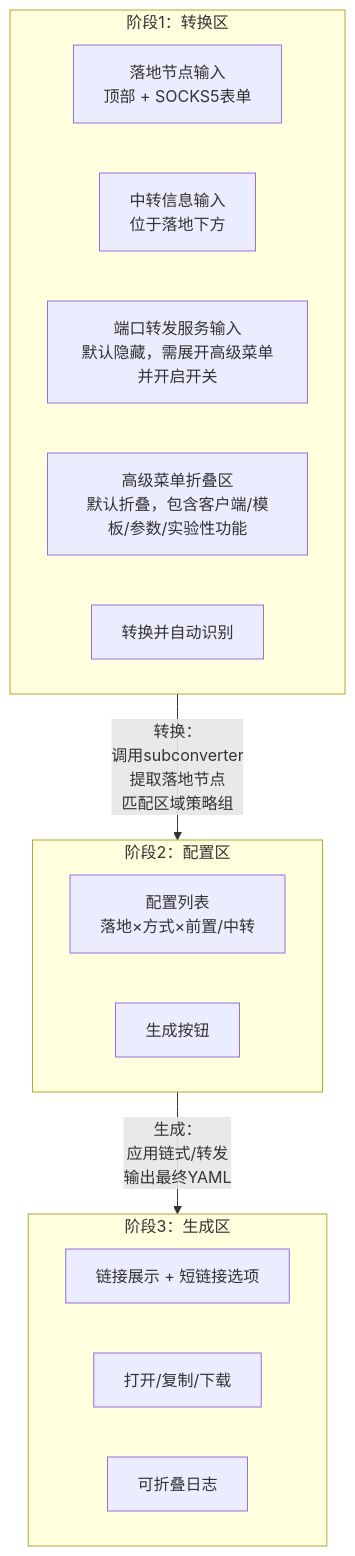
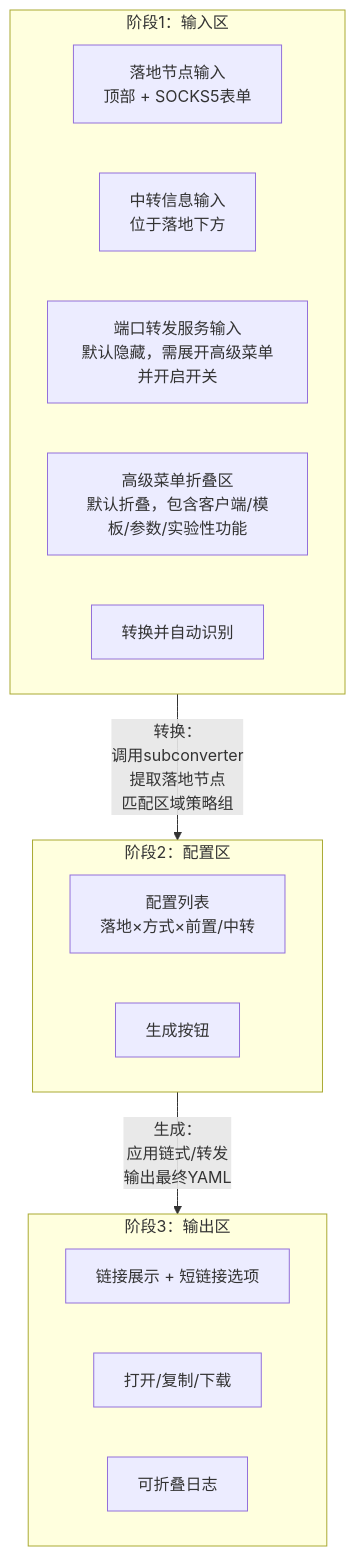
The second of 2 diagrams in docs/spec/01-overview.md (slackworker/chain-subconverter), drawn with Mermaid before and after one commit. The commit also changed other lines of this file and 1 other file, not shown here.

Commit message:
docs: update terminology in overview and frontend specifications to reflect input and output areas

````diff
--- a/docs/spec/01-overview.md
+++ b/docs/spec/01-overview.md
@@ -51,24 +51,24 @@
 ```mermaid
 flowchart TD
-  subgraph Stage1[阶段1：转换区]
+  subgraph Stage1[阶段1：输入区]
     L1[落地节点输入<br/>顶部 + SOCKS5表单]
     T1[中转信息输入<br/>位于落地下方]
     PF1[端口转发服务输入<br/>默认隐藏，需展开高级菜单并开启开关]
     ADV[高级菜单折叠区<br/>默认折叠，包含客户端/模板/参数/实验性功能]
 BTN1[转换并自动识别]
   end
 
   subgraph Stage2[阶段2：配置区]
     LIST[配置列表<br/>落地×方式×前置/中转]
     BTN2[生成按钮]
   end
 
-  subgraph Stage3[阶段3：生成区]
+  subgraph Stage3[阶段3：输出区]
     LINK[链接展示 + 短链接选项]
     ACTIONS[打开/复制/下载]
     LOG[可折叠日志]
   end
 
   Stage1 -->|"转换：<br/>调用subconverter<br/>提取落地节点<br/>匹配区域策略组"| Stage2
   Stage2 -->|"生成：<br/>应用链式/转发<br/>输出最终YAML"| Stage3
 ```
````
